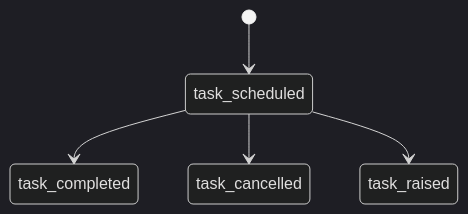
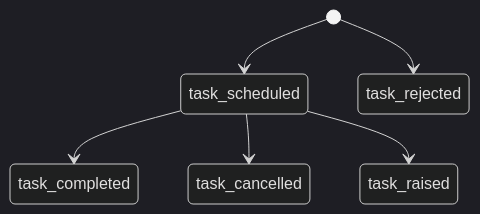
The sixth of 8 diagrams in docs/development/06-runtime-and-debugging.md (yisding/easycat), drawn with Mermaid (dark theme) before and after one commit. The commit also changed 9 other files, not shown here.

````diff
--- a/docs/development/06-runtime-and-debugging.md
+++ b/docs/development/06-runtime-and-debugging.md
@@ -223,7 +223,8 @@
 ```mermaid
 stateDiagram-v2
     [*] --> task_scheduled
+    [*] --> task_rejected
     task_scheduled --> task_completed
     task_scheduled --> task_cancelled
     task_scheduled --> task_raised
 ```
````
